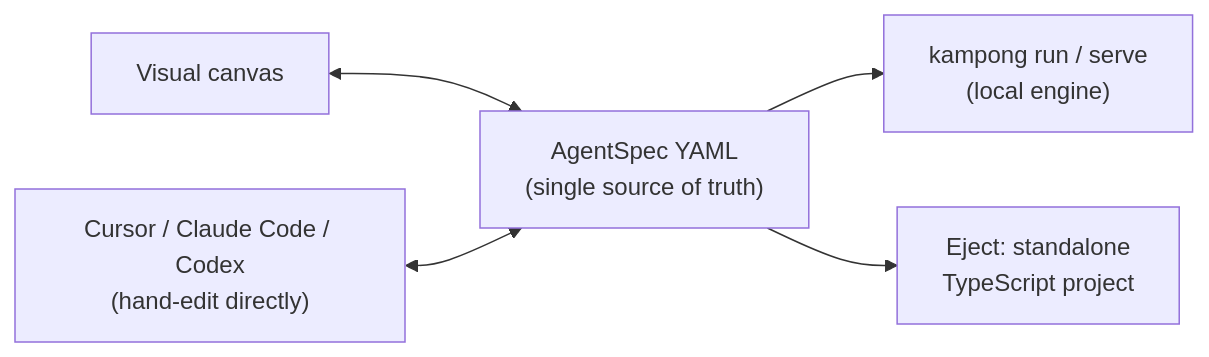
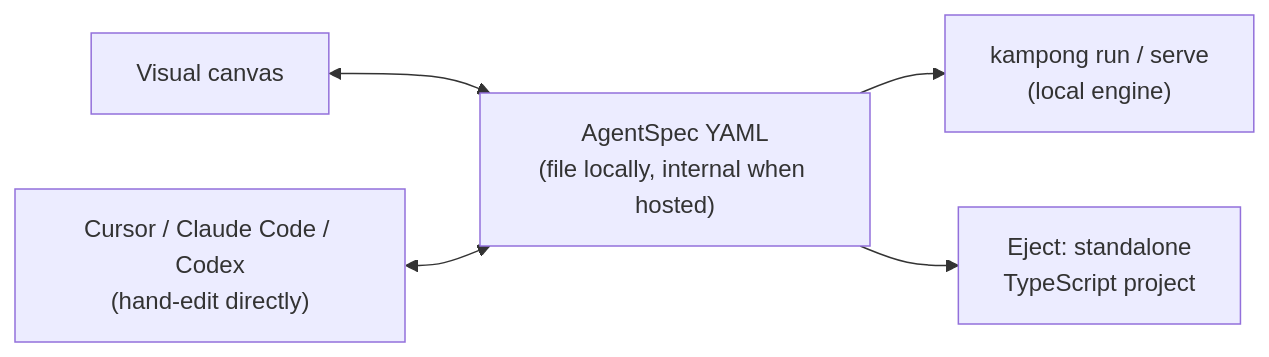
One commit to leejianrong/kampong-agents changed the diagram in README.md. Above: the diagram before and after it, drawn with Mermaid. The commit also changed other lines of this file and 14 other files, not shown here.

````diff
--- a/README.md
+++ b/README.md
@@ -10,13 +10,13 @@
 ```mermaid
 flowchart LR
   canvas["Visual canvas"]
-  spec["AgentSpec YAML\n(single source of truth)"]
+  spec["AgentSpec YAML\n(file locally, internal when hosted)"]
   external["Cursor / Claude Code / Codex\n(hand-edit directly)"]
   run["kampong run / serve\n(local engine)"]
   export["Eject: standalone\nTypeScript project"]
 
   canvas <--> spec
   external <--> spec
   spec --> run
   spec --> export
 ```
````
